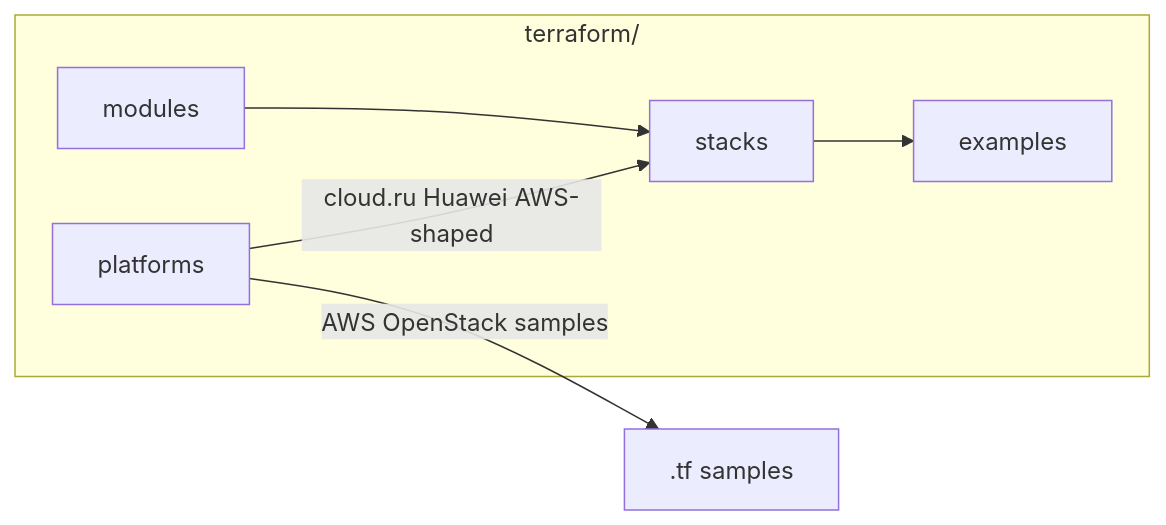
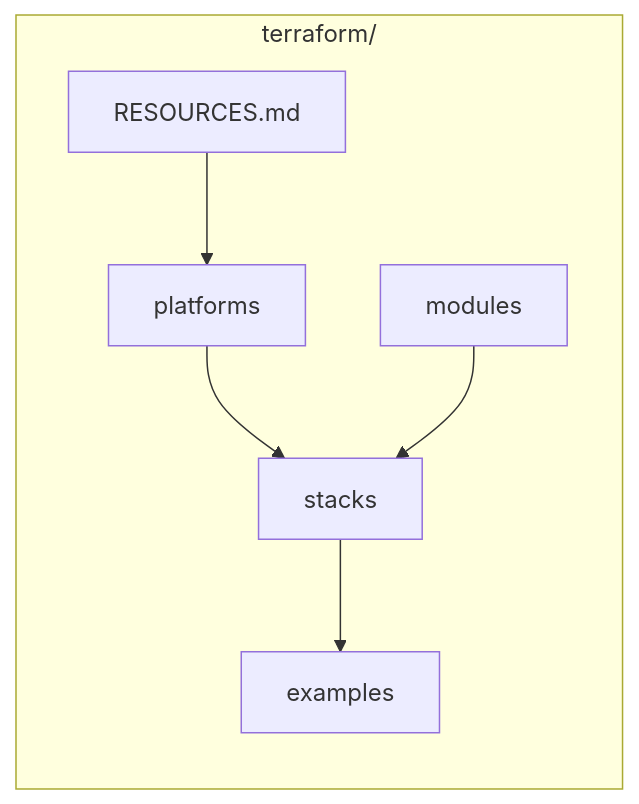
The third of 5 diagrams in README.md (NarberallGamma/narberall-platform-engineer-lab), drawn with Mermaid before and after one commit. The commit also changed other lines of this file and 3 other files, not shown here.

````diff
--- a/README.md
+++ b/README.md
@@ -57,13 +90,14 @@
 ```mermaid
 flowchart LR
   subgraph tf ["terraform/"]
+    ResMap[RESOURCES.md]
     Plat[platforms]
     Stacks[stacks]
     Mods[modules]
     Ex[examples]
   end
-  Plat -->|cloud.ru Huawei AWS-shaped| Stacks
-  Plat -->|AWS OpenStack samples| Code[.tf samples]
+  ResMap --> Plat
+  Plat --> Stacks
   Mods --> Stacks
   Stacks --> Ex
 ```
````
